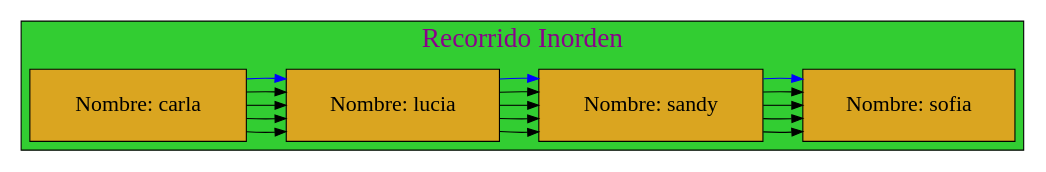
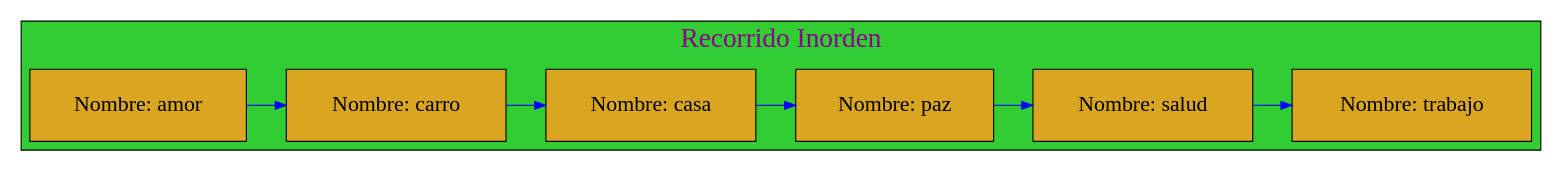
The diagram in Graficas/Recorrido_Inorden.dot (mariotun/EDD_1S2020_PY1_201602942), drawn with Graphviz before and after one commit. The commit also changed 19 other files, not shown here.

```diff
--- a/Graficas/Recorrido_Inorden.dot
+++ b/Graficas/Recorrido_Inorden.dot
@@ -1,26 +1,28 @@
 digraph Inorder_Traversal{
 
 graph[ranksep= "0.5",nodesep= "0.5"];subgraph cluster_3{
 
 label="Recorrido Inorden";
 labelloc=t;
 fontcolor=magenta4;
 fontname=algerian;
 fontsize=25;
 style=filled;
 fillcolor=limegreen;
 
 node[margin=0.3 shape=box style=filled fontcolor=black fillcolor=goldenrod fontsize=20];
 {rank=same;
 
-25770483920[label="Nombre: carla " ];
-25770483392[label="Nombre: lucia " ];
-25770483664[label="Nombre: sandy " ];
-25770483232[label="Nombre: sofia " ];
+25770476704[label="Nombre: amor " ];
+25770476048[label="Nombre: carro " ];
+25770475840[label="Nombre: casa " ];
+25770477264[label="Nombre: paz " ];
+25770476256[label="Nombre: salud " ];
+25770476448[label="Nombre: trabajo " ];
 };
-25770483920 -> 25770483392 -> 25770483664 -> 25770483232 25770483920 -> 25770483392 -> 25770483664 -> 25770483232 25770483920 -> 25770483392 -> 25770483664 -> 25770483232 25770483920 -> 25770483392 -> 25770483664 -> 25770483232 25770483920 -> 25770483392 -> 25770483664 -> 25770483232 
+25770476704 -> 25770476048 -> 25770475840 -> 25770477264 -> 25770476256 -> 25770476448 
 
 [color=blue ];
 }
 
 }
```
